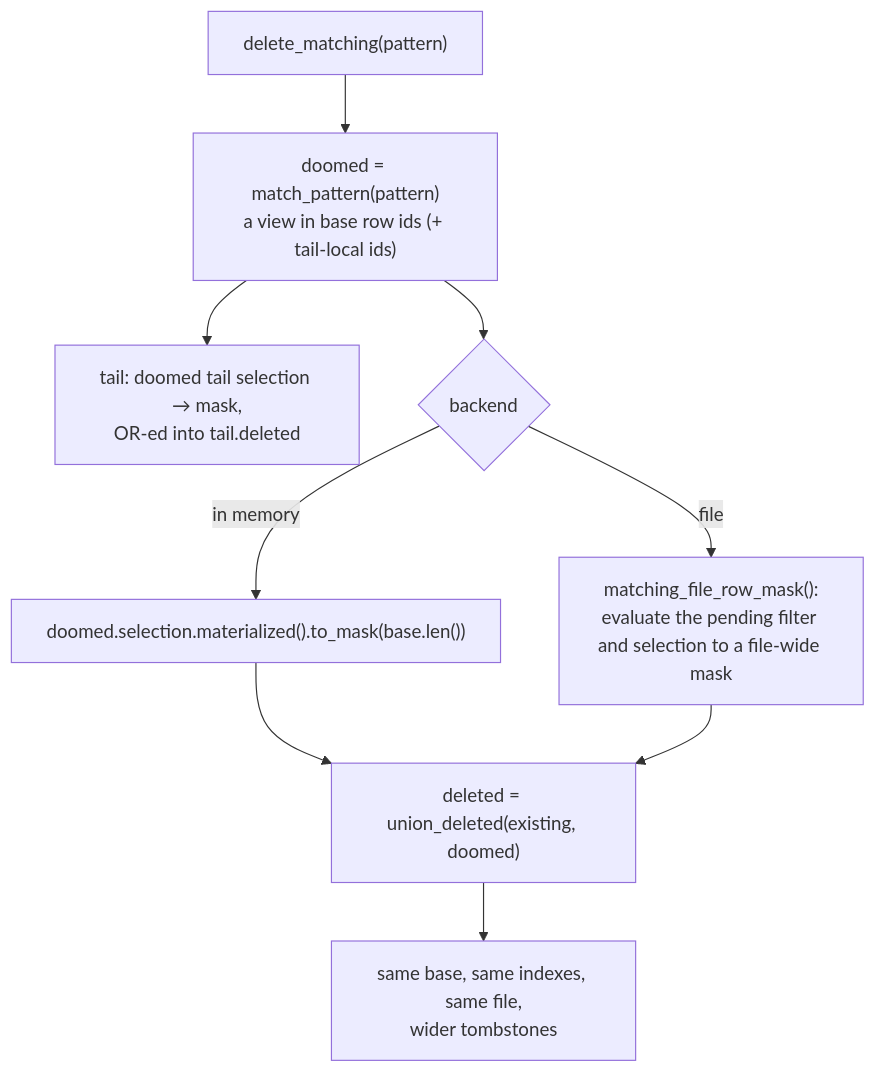
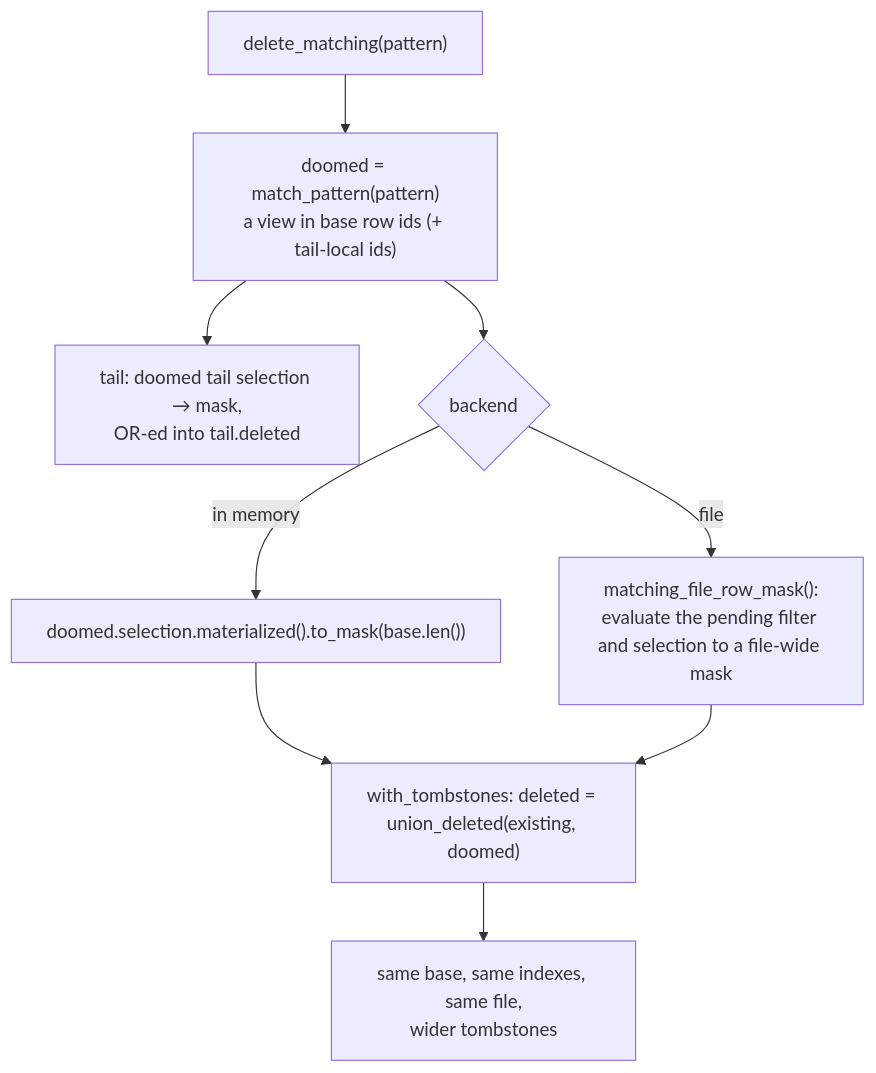
Before and after one commit to vortex-rdf/vortex-rdf: the third of 4 diagrams in docs/mutations.md, drawn with Mermaid. The commit also changed other lines of this file and 22 other files, not shown here.

````diff
--- a/docs/mutations.md
+++ b/docs/mutations.md
@@ -117,11 +117,11 @@
 ```mermaid
 flowchart TD
     D["delete_matching(pattern)"] --> M["doomed = match_pattern(pattern)<br/>a view in base row ids (+ tail-local ids)"]
     M --> T["tail: doomed tail selection → mask,<br/>OR-ed into tail.deleted"]
     M --> B{"backend"}
     B -- "in memory" --> B1["doomed.selection.materialized().to_mask(base.len())"]
     B -- "file" --> B2["matching_file_row_mask():<br/>evaluate the pending filter and selection to a file-wide mask"]
-    B1 --> U["deleted = union_deleted(existing, doomed)"]
+    B1 --> U["with_tombstones: deleted = union_deleted(existing, doomed)"]
     B2 --> U
     U --> R["same base, same indexes, same file,<br/>wider tombstones"]
 ```
````
